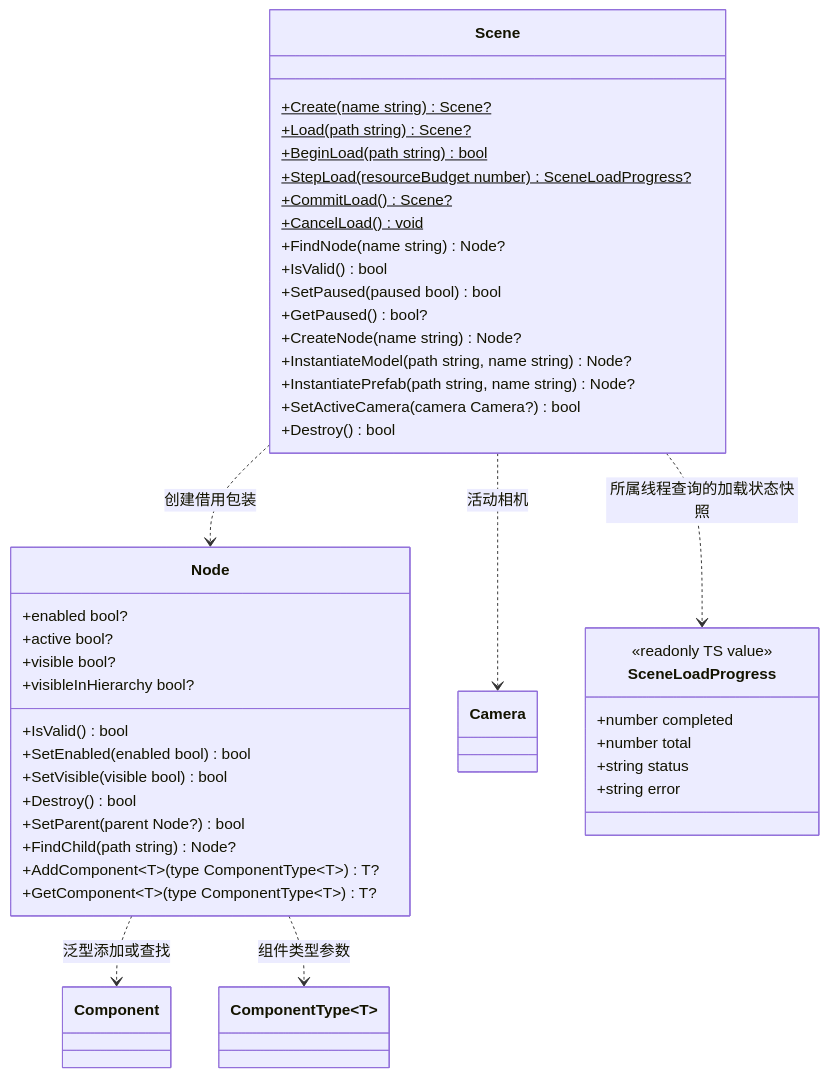
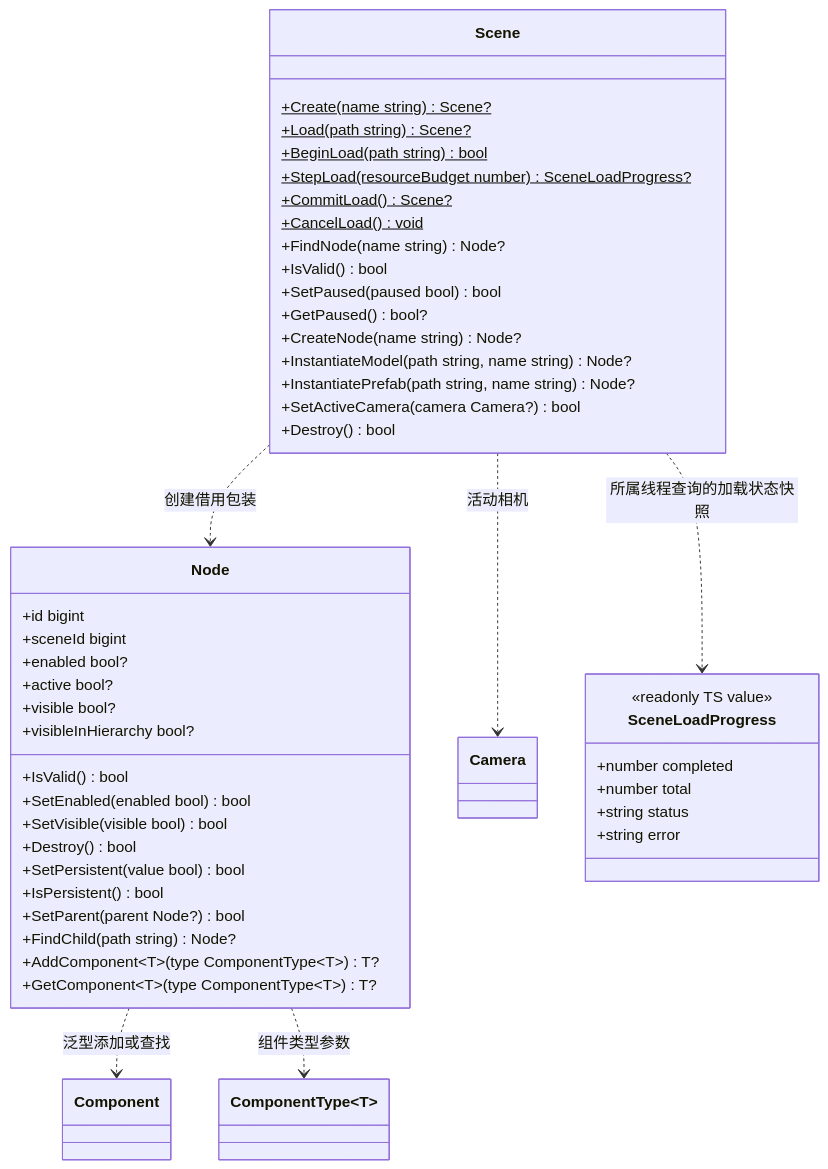
The second of 3 diagrams in docs/runtime/class-diagrams/gameplay.md (lcals/Engine), drawn with Mermaid before and after one commit. The commit also changed other lines of this file and 222 other files, not shown here.

Commit message:
Consolidate editor asset imports and align architecture documentation

````diff
--- a/docs/runtime/class-diagrams/gameplay.md
+++ b/docs/runtime/class-diagrams/gameplay.md
@@ -47,50 +47,54 @@
 ```mermaid
 classDiagram
     direction TB
     class Scene {
         +Create(name string) Scene?$
         +Load(path string) Scene?$
         +BeginLoad(path string) bool$
         +StepLoad(resourceBudget number) SceneLoadProgress?$
         +CommitLoad() Scene?$
         +CancelLoad() void$
         +FindNode(name string) Node?
         +IsValid() bool
         +SetPaused(paused bool) bool
         +GetPaused() bool?
         +CreateNode(name string) Node?
         +InstantiateModel(path string, name string) Node?
         +InstantiatePrefab(path string, name string) Node?
         +SetActiveCamera(camera Camera?) bool
         +Destroy() bool
     }
     class Node {
+        +id bigint
+        +sceneId bigint
         +IsValid() bool
         +SetEnabled(enabled bool) bool
         +enabled bool?
         +active bool?
         +SetVisible(visible bool) bool
         +visible bool?
         +visibleInHierarchy bool?
         +Destroy() bool
+        +SetPersistent(value bool) bool
+        +IsPersistent() bool
         +SetParent(parent Node?) bool
         +FindChild(path string) Node?
         +AddComponent~T~(type ComponentType~T~) T?
         +GetComponent~T~(type ComponentType~T~) T?
     }
     class Component
     class ComponentType~T~
     class Camera
     class SceneLoadProgress {
         <<readonly TS value>>
         +number completed
         +number total
         +string status
         +string error
     }
     Scene ..> Node : 创建借用包装
     Scene ..> Camera : 活动相机
     Scene ..> SceneLoadProgress : 所属线程查询的加载状态快照
     Node ..> Component : 泛型添加或查找
     Node ..> ComponentType : 组件类型参数
 ```
````
